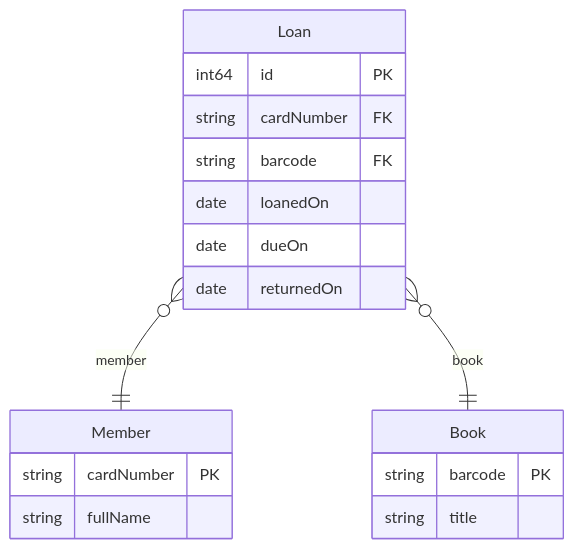
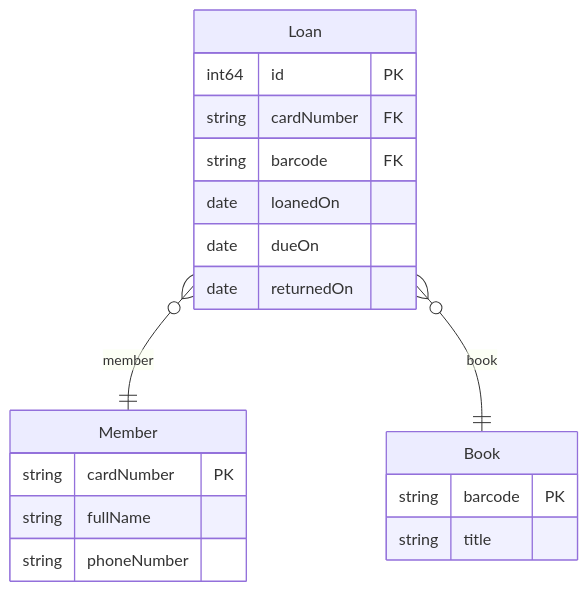
One commit to SpecArch/specarch changed the first of 6 diagrams in examples/lending-desk/docs/techspec.md. Above: the diagram before and after it, drawn with Mermaid. The commit also changed other lines of this file and 7 other files, not shown here.

````diff
--- a/examples/lending-desk/docs/techspec.md
+++ b/examples/lending-desk/docs/techspec.md
@@ -59,21 +59,22 @@
 ```mermaid
 erDiagram
   Loan }o--|| Member : member
   Loan }o--|| Book : book
   Member {
     string cardNumber PK
     string fullName
+    string phoneNumber
   }
   Book {
     string barcode PK
     string title
   }
   Loan {
     int64 id PK
     string cardNumber FK
     string barcode FK
     date loanedOn
     date dueOn
     date returnedOn
   }
 ```
````
